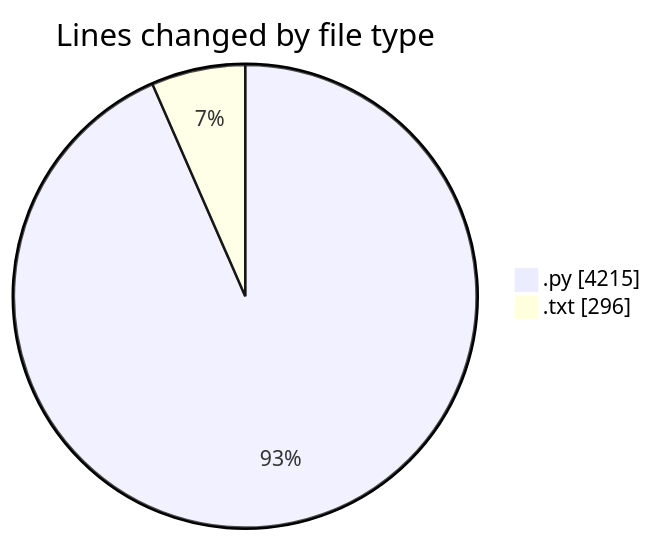
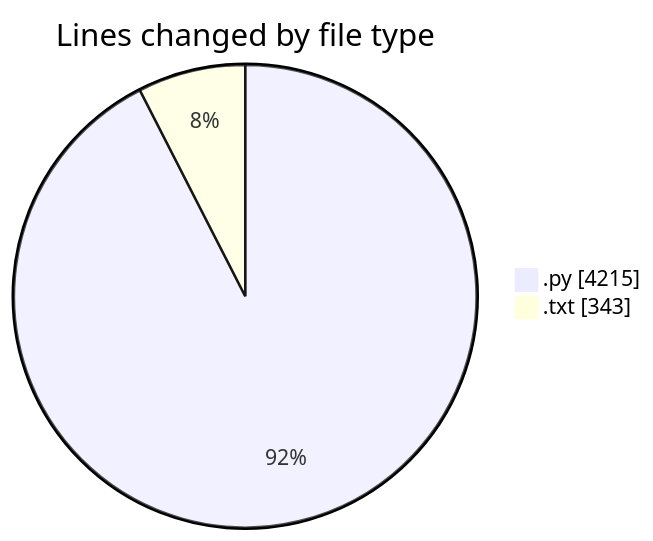
Before and after one commit to Ritupan-Deka/code-tracking: the first of 2 diagrams in 2025-05-26/zip_file/README.md, drawn with Mermaid. The commit also changed other lines of this file and 1 other file, not shown here.

````diff
--- a/2025-05-26/zip_file/README.md
+++ b/2025-05-26/zip_file/README.md
@@ -35,6 +35,6 @@
 ```mermaid
 pie showData
 title Lines changed by file type
 ".py" : 4215
-".txt" : 296
+".txt" : 343
 ```
````
